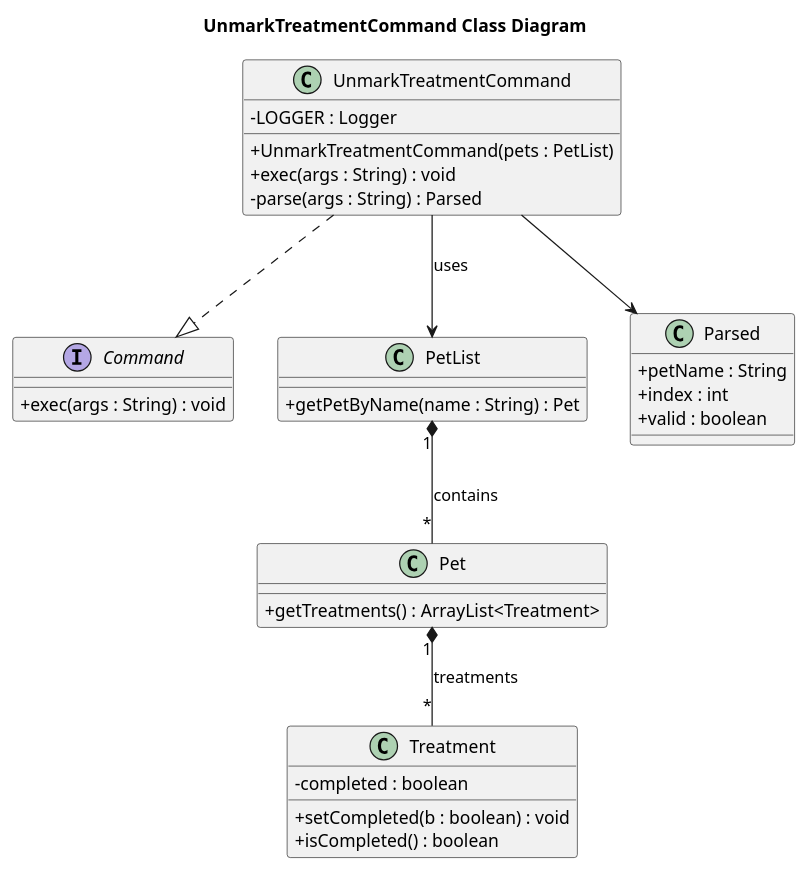
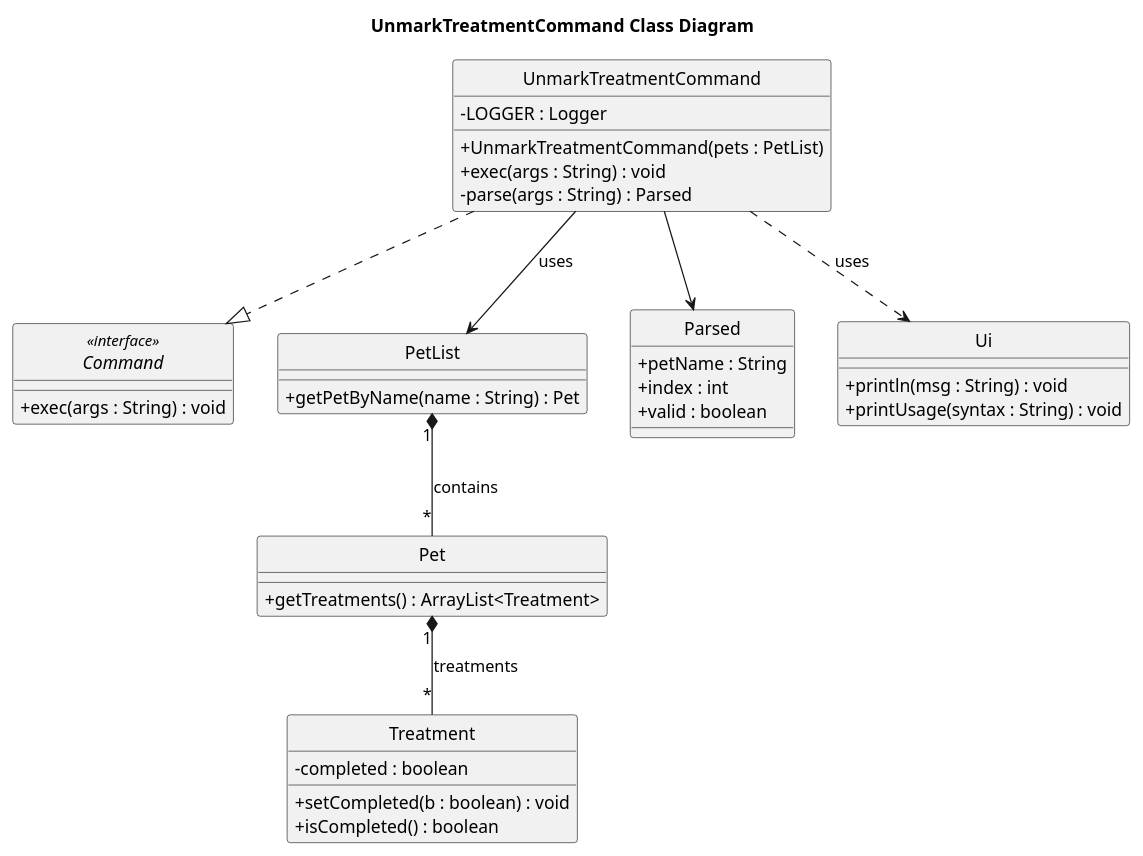
Before and after one commit to Kevin88866/tp: the diagram in docs/uml/UnmarkTreatmentCommand_Class_Diagram.puml, drawn with PlantUML. The commit also changed 19 other files, not shown here.

First line of the commit message:
update class and sequence diagram of listpet, mark/unmarktreatments, edit pet, group treatments by type

```diff
--- a/docs/uml/UnmarkTreatmentCommand_Class_Diagram.puml
+++ b/docs/uml/UnmarkTreatmentCommand_Class_Diagram.puml
@@ -1,42 +1,47 @@
 @startuml
 skinparam classAttributeIconSize 0
 title UnmarkTreatmentCommand Class Diagram
+hide circle
 
-interface Command {
+interface Command <<interface>>{
   +exec(args : String) : void
 }
 
 class UnmarkTreatmentCommand {
   -LOGGER : Logger
   +UnmarkTreatmentCommand(pets : PetList)
   +exec(args : String) : void
   -parse(args : String) : Parsed
 }
 
 class PetList {
   +getPetByName(name : String) : Pet
 }
 
 class Pet {
   +getTreatments() : ArrayList<Treatment>
 }
 
 class Treatment {
   -completed : boolean
   +setCompleted(b : boolean) : void
   +isCompleted() : boolean
 }
 
 class Parsed {
   +petName : String
   +index : int
   +valid : boolean
 }
 
 UnmarkTreatmentCommand ..|> Command
 UnmarkTreatmentCommand --> PetList : uses
 PetList "1" *-- "*" Pet : contains
 Pet "1" *-- "*" Treatment : treatments
 UnmarkTreatmentCommand --> Parsed
-
+class Ui {
+  +println(msg : String) : void
+  +printUsage(syntax : String) : void
+}
+UnmarkTreatmentCommand ..> Ui : uses
 @enduml
```
